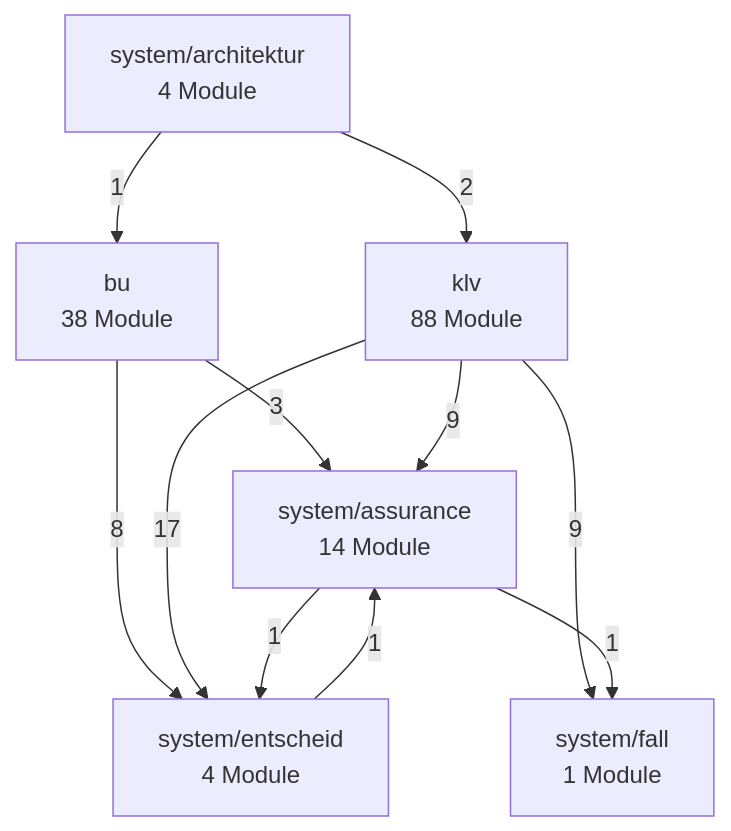
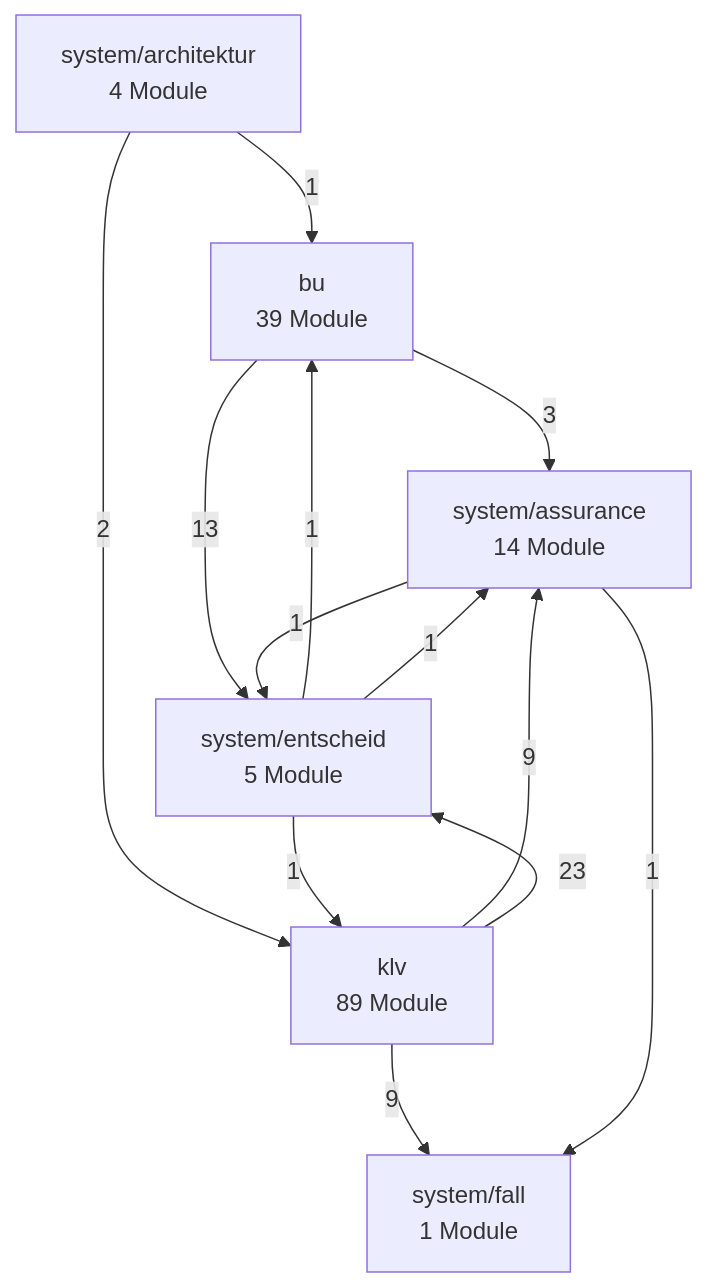
The second of 3 diagrams in docs/architektur/landkarte.md (bartlmac/rechner-pipeline), drawn with Mermaid before and after one commit. The commit also changed other lines of this file and 45 other files, not shown here.

````diff
--- a/docs/architektur/landkarte.md
+++ b/docs/architektur/landkarte.md
@@ -78,20 +78,22 @@
 ```mermaid
 %% Fachknoten — erzeugt von ontologie.landkarte
 flowchart TD
-    bu["bu<br/>38 Module"]
-    klv["klv<br/>88 Module"]
+    bu["bu<br/>39 Module"]
+    klv["klv<br/>89 Module"]
     system_architektur["system/architektur<br/>4 Module"]
     system_assurance["system/assurance<br/>14 Module"]
-    system_entscheid["system/entscheid<br/>4 Module"]
+    system_entscheid["system/entscheid<br/>5 Module"]
     system_fall["system/fall<br/>1 Module"]
     bu -- 3 --> system_assurance
-    bu -- 8 --> system_entscheid
+    bu -- 13 --> system_entscheid
     klv -- 9 --> system_assurance
-    klv -- 17 --> system_entscheid
+    klv -- 23 --> system_entscheid
     klv -- 9 --> system_fall
     system_architektur -- 1 --> bu
     system_architektur -- 2 --> klv
     system_assurance -- 1 --> system_entscheid
     system_assurance -- 1 --> system_fall
+    system_entscheid -- 1 --> bu
+    system_entscheid -- 1 --> klv
     system_entscheid -- 1 --> system_assurance
 ```
````
